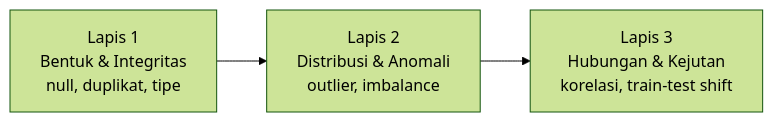
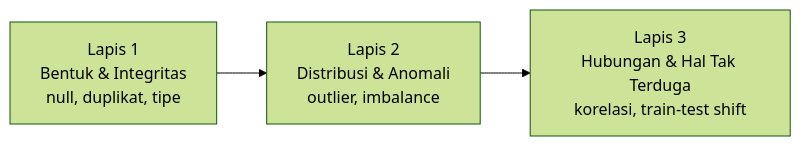
Before and after one commit to muhammad-zainal-muttaqin/Module-DS: the diagram in chapters/06_W6_Representations_Temporal_Leakage.md, drawn with Mermaid (forest theme). The commit also changed other lines of this file and 25 other files, not shown here.

````diff
--- a/chapters/06_W6_Representations_Temporal_Leakage.md
+++ b/chapters/06_W6_Representations_Temporal_Leakage.md
@@ -128,4 +128,4 @@
 ```mermaid
 flowchart LR
-    A[Lapis 1\nBentuk & Integritas\nnull, duplikat, tipe] --> B[Lapis 2\nDistribusi & Anomali\noutlier, imbalance] --> C[Lapis 3\nHubungan & Kejutan\nkorelasi, train-test shift]
+    A[Lapis 1\nBentuk & Integritas\nnull, duplikat, tipe] --> B[Lapis 2\nDistribusi & Anomali\noutlier, imbalance] --> C[Lapis 3\nHubungan & Hal Tak Terduga\nkorelasi, train-test shift]
 ```
````
